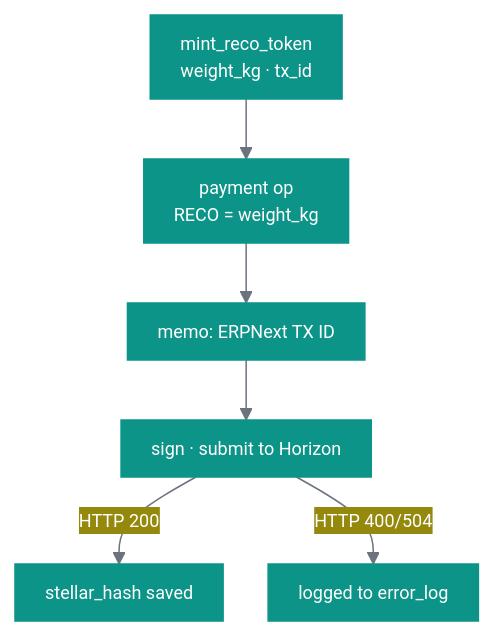
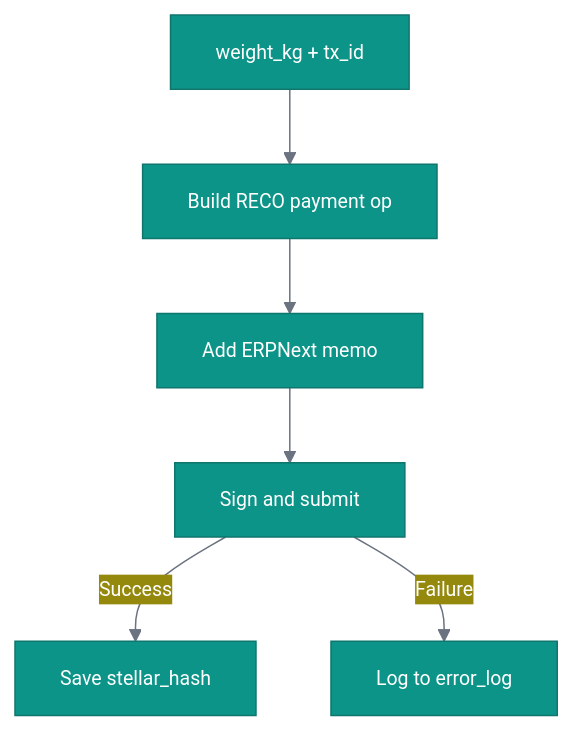
The third of 5 diagrams in README.md (Matxchange/matXchange), drawn with Mermaid before and after one commit. The commit also changed other lines of this file, not shown here.

Commit message:
Update mermaid diagrams in README.md

````diff
--- a/README.md
+++ b/README.md
@@ -78,9 +78,9 @@
 ```mermaid
-%%{init: {"theme": "base", "themeVariables": {"primaryColor": "#0D9488", "primaryTextColor": "#ffffff", "primaryBorderColor": "#0D9488", "lineColor": "#6B7280", "fontFamily": "ui-monospace, monospace", "fontSize": "12px"}, "flowchart": {"curve": "basis", "nodeSpacing": 30, "rankSpacing": 40, "padding": 10}}}%%
+%%{init: {"theme": "base", "themeVariables": {"primaryColor": "#0D9488", "primaryTextColor": "#ffffff", "primaryBorderColor": "#0F766E", "lineColor": "#6B7280", "fontFamily": "ui-monospace, monospace", "fontSize": "13px"}}}%%
 flowchart TD
-    A[mint_reco_token\nweight_kg · tx_id] --> B[payment op\nRECO = weight_kg]
-    B --> C[memo: ERPNext TX ID]
-    C --> D[sign · submit to Horizon]
-    D -->|HTTP 200| E[stellar_hash saved]
-    D -->|HTTP 400/504| F[logged to error_log]
+    A[weight_kg + tx_id] --> B[Build RECO payment op]
+    B --> C[Add ERPNext memo]
+    C --> D[Sign and submit]
+    D -->|Success| E[Save stellar_hash]
+    D -->|Failure| F[Log to error_log]
 ```
````
